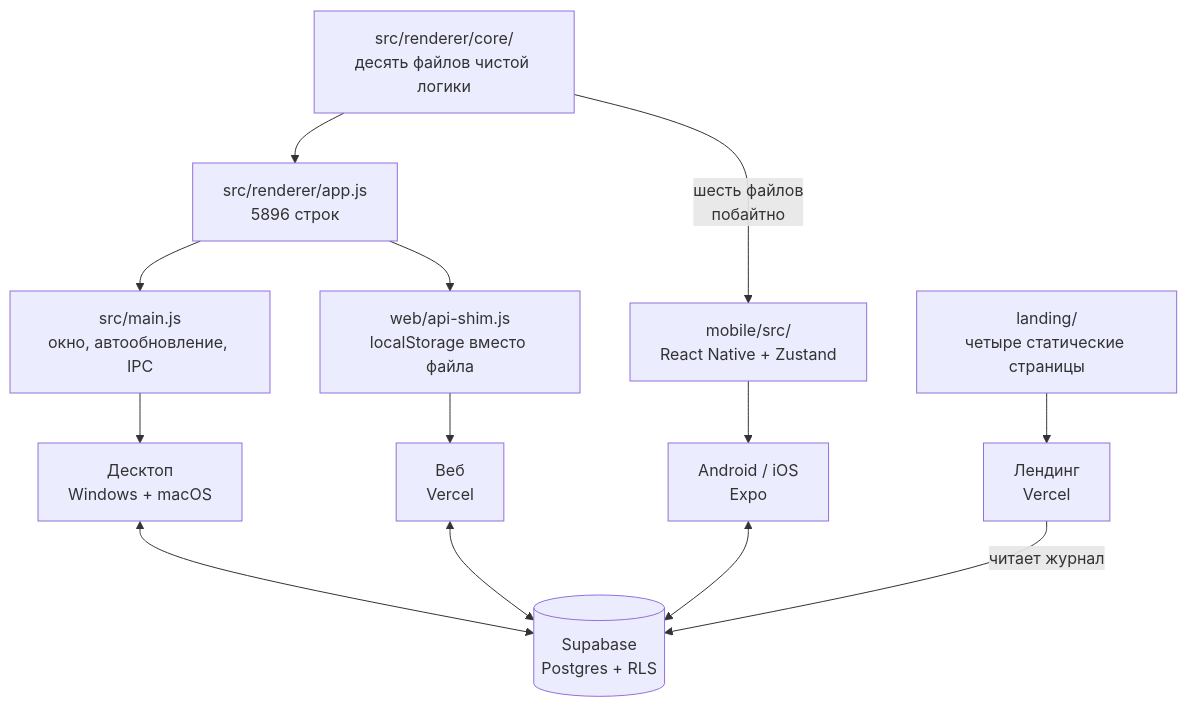
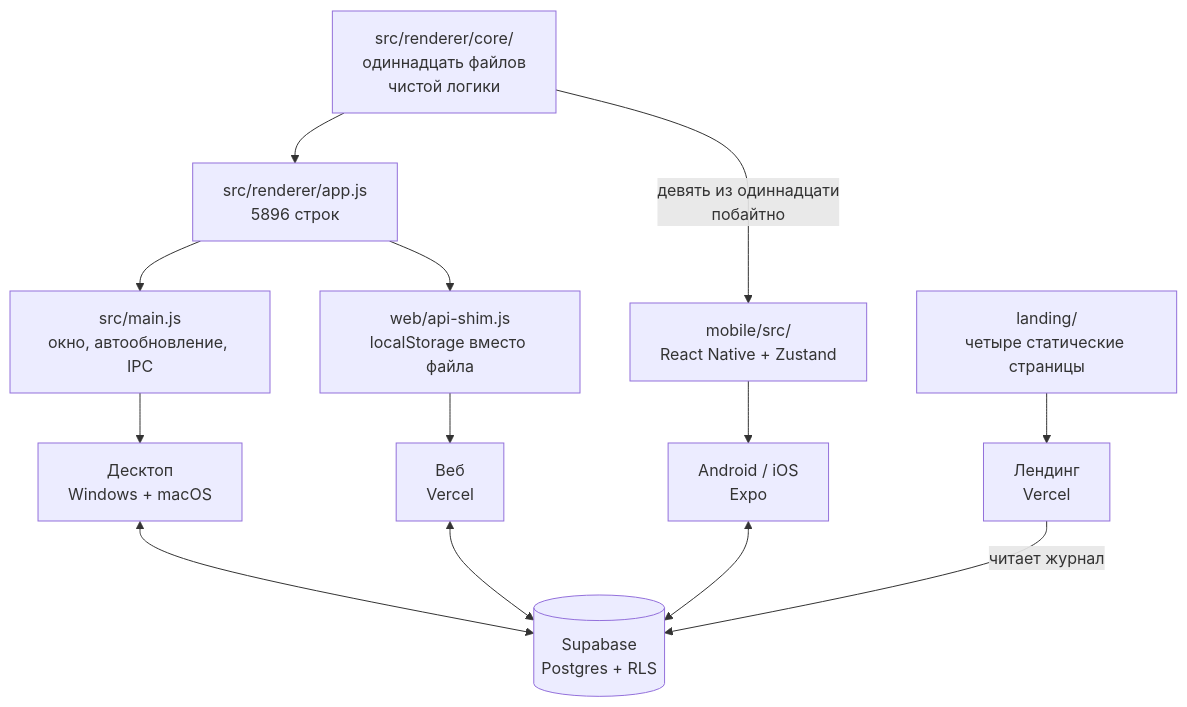
One commit to lancibleofficial/Lancible changed the first of 2 diagrams in ARCHITECTURE.md. Above: the diagram before and after it, drawn with Mermaid. The commit also changed other lines of this file and 11 other files, not shown here.

````diff
--- a/ARCHITECTURE.md
+++ b/ARCHITECTURE.md
@@ -22,25 +22,25 @@
 ```mermaid
 graph TD
-    CORE["src/renderer/core/<br/>десять файлов чистой логики"]
+    CORE["src/renderer/core/<br/>одиннадцать файлов<br/>чистой логики"]
 
     APP["src/renderer/app.js<br/>5896 строк"]
     MAIN["src/main.js<br/>окно, автообновление, IPC"]
     SHIM["web/api-shim.js<br/>localStorage вместо файла"]
     MOB["mobile/src/<br/>React Native + Zustand"]
     LAND["landing/<br/>четыре статические страницы"]
 
     CORE --> APP
-    CORE -->|"шесть файлов<br/>побайтно"| MOB
+    CORE -->|"девять из одиннадцати<br/>побайтно"| MOB
     APP --> MAIN
     APP --> SHIM
     MAIN --> DESK["Десктоп<br/>Windows + macOS"]
     SHIM --> WEB["Веб<br/>Vercel"]
     MOB --> ANDROID["Android / iOS<br/>Expo"]
     LAND --> SITE["Лендинг<br/>Vercel"]
 
     SB[("Supabase<br/>Postgres + RLS")]
     DESK <--> SB
     WEB <--> SB
     ANDROID <--> SB
     SITE -->|"читает журнал"| SB
 ```
````
